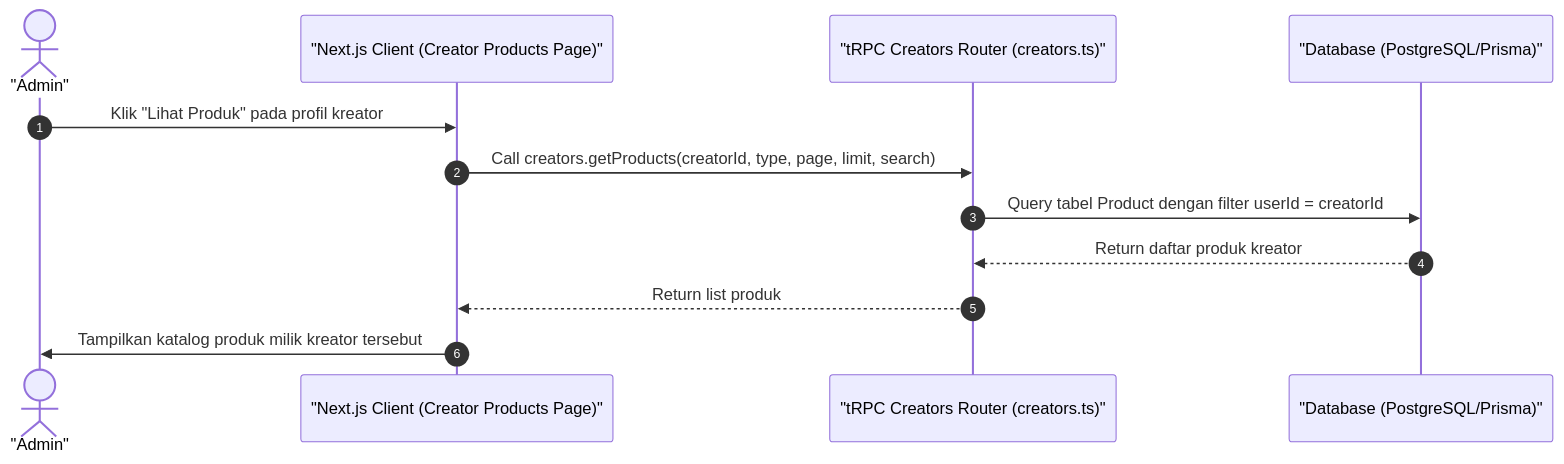
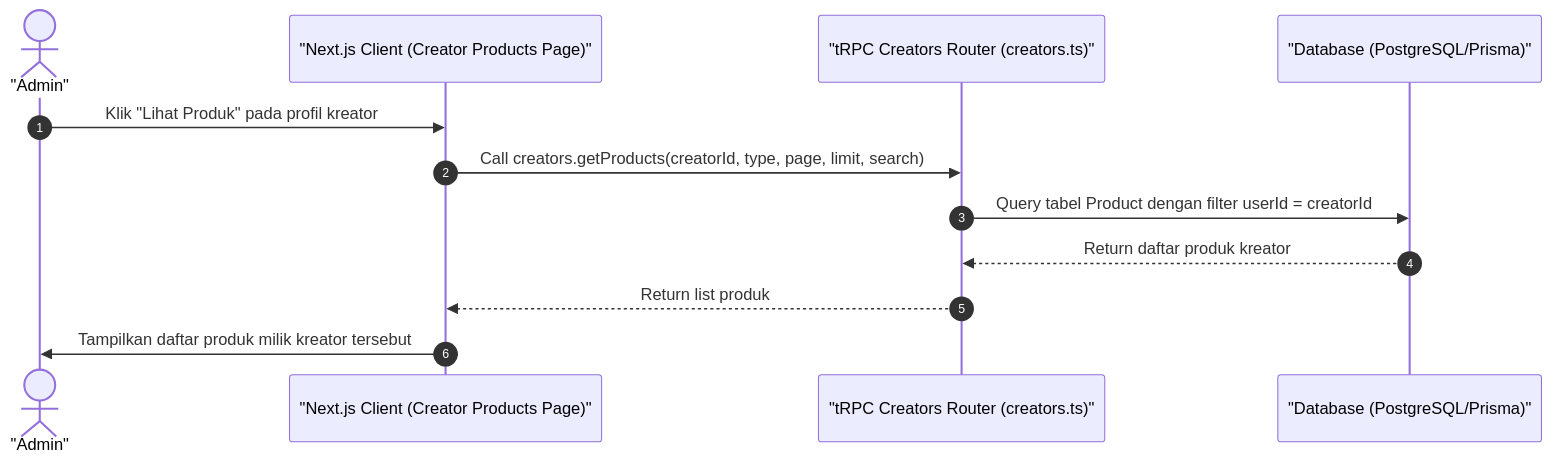
Before and after one commit to luputer/CuanIN: the diagram in docs/06-admin-kreator-products.md, drawn with Mermaid. The commit also changed 7 other files, not shown here.

Commit message:
perbaiki sequence

````diff
--- a/docs/06-admin-kreator-products.md
+++ b/docs/06-admin-kreator-products.md
@@ -5,16 +5,16 @@
 ```mermaid
 sequenceDiagram
     autonumber
     actor Admin as "Admin"
     participant Client as "Next.js Client (Creator Products Page)"
     participant Server as "tRPC Creators Router (creators.ts)"
     participant DB as "Database (PostgreSQL/Prisma)"
 
     Admin->>Client: Klik "Lihat Produk" pada profil kreator
     Client->>Server: Call creators.getProducts(creatorId, type, page, limit, search)
     Server->>DB: Query tabel Product dengan filter userId = creatorId
     DB-->>Server: Return daftar produk kreator
     Server-->>Client: Return list produk
-    Client->>Admin: Tampilkan katalog produk milik kreator tersebut
+    Client->>Admin: Tampilkan daftar produk milik kreator tersebut
 
 ```
````
